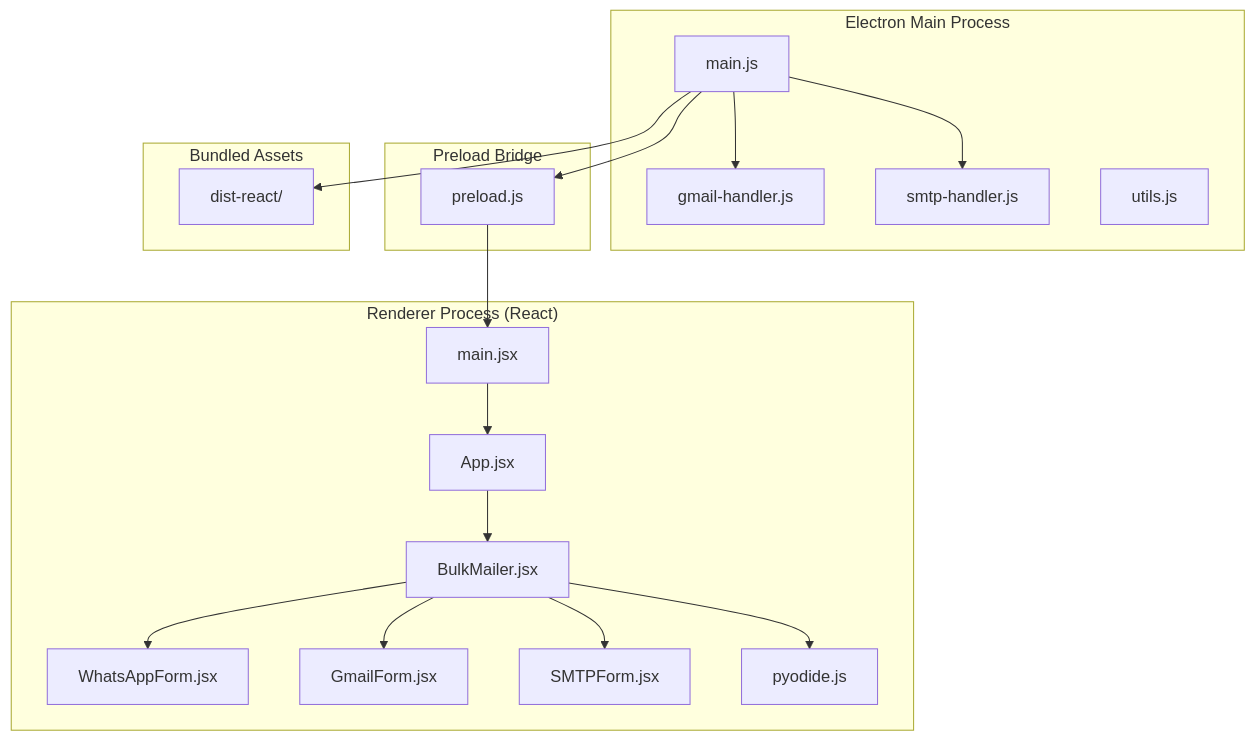
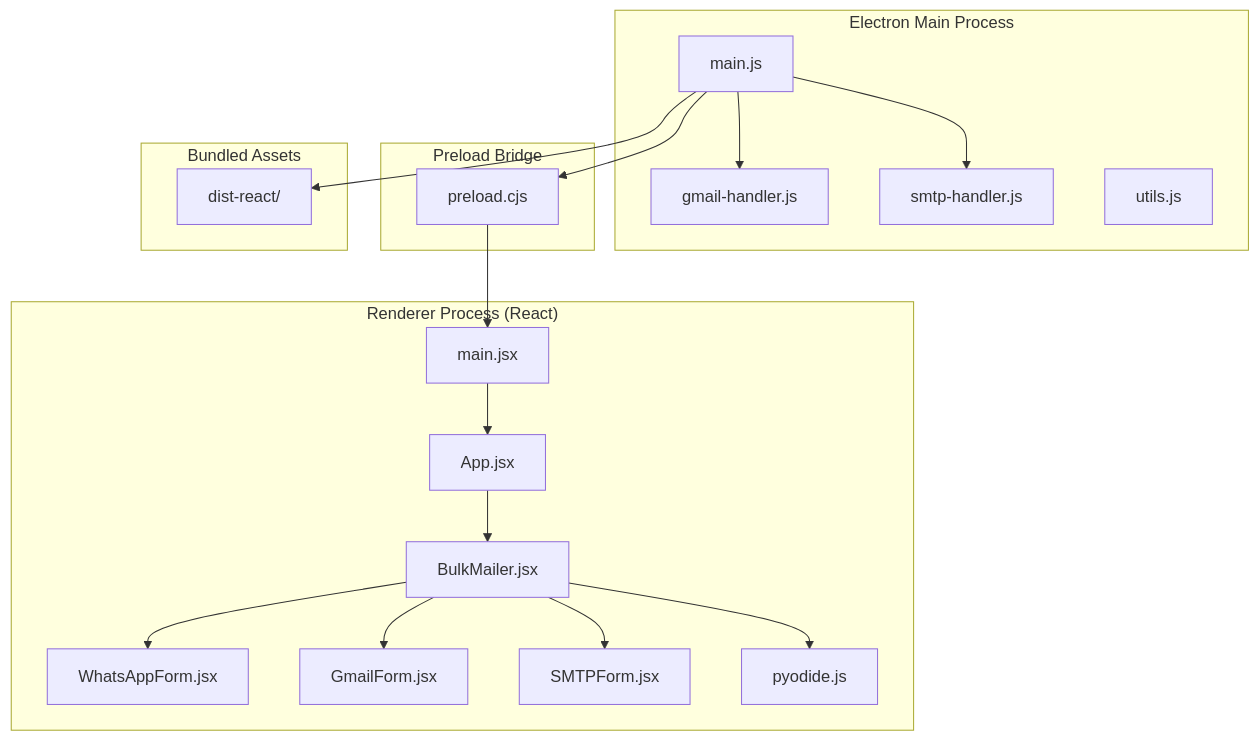
Before and after one commit to tashifkhan/tashif.codes: the first of 13 diagrams in src/data/docs/bulk-messaging-system/Desktop Application Architecture/Desktop Application Architecture.md, drawn with Mermaid. The commit also changed other lines of this file and 2128 other files, not shown here.

First line of the commit message:
docs: replace raster diagram images with native Mermaid across project guides

````diff
--- a/src/data/docs/bulk-messaging-system/Desktop Application Architecture/Desktop Application Architecture.md
+++ b/src/data/docs/bulk-messaging-system/Desktop Application Architecture/Desktop Application Architecture.md
@@ -14,35 +15,35 @@
 ```mermaid
 graph TB
 subgraph "Electron Main Process"
 M["main.js"]
 GM["gmail-handler.js"]
 SM["smtp-handler.js"]
 U["utils.js"]
 end
 subgraph "Preload Bridge"
-P["preload.js"]
+P["preload.cjs"]
 end
 subgraph "Renderer Process (React)"
 RUI["main.jsx"]
 APP["App.jsx"]
 BM["BulkMailer.jsx"]
 WAF["WhatsAppForm.jsx"]
 GIF["GmailForm.jsx"]
 SIF["SMTPForm.jsx"]
 PY["pyodide.js"]
 end
 subgraph "Bundled Assets"
 D["dist-react/"]
 end
 M --> P
 P --> RUI
 RUI --> APP
 APP --> BM
 BM --> WAF
 BM --> GIF
 BM --> SIF
 BM --> PY
 M --> GM
 M --> SM
 M --> D
 ```
````
